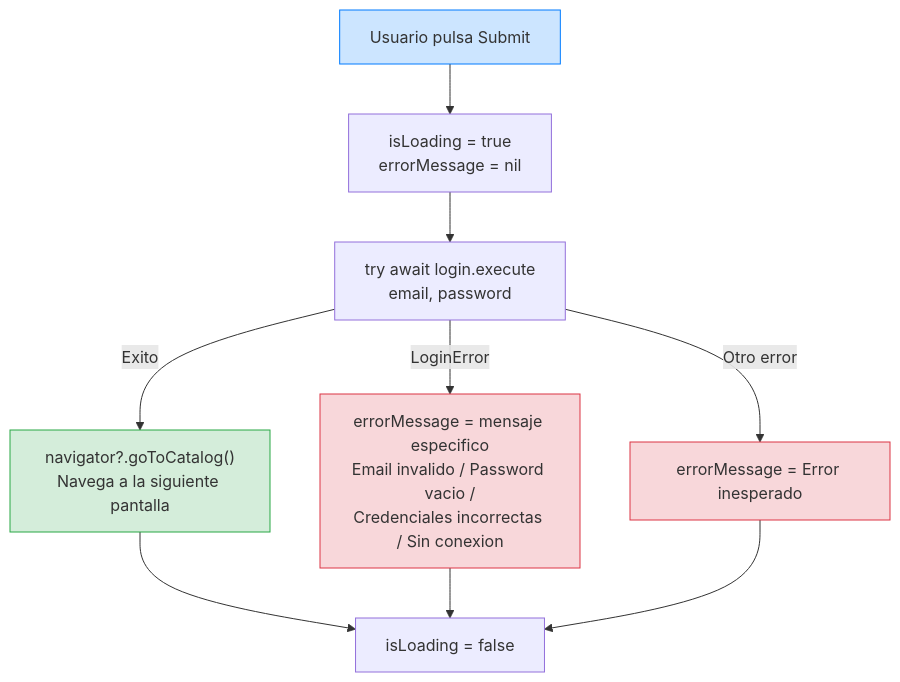
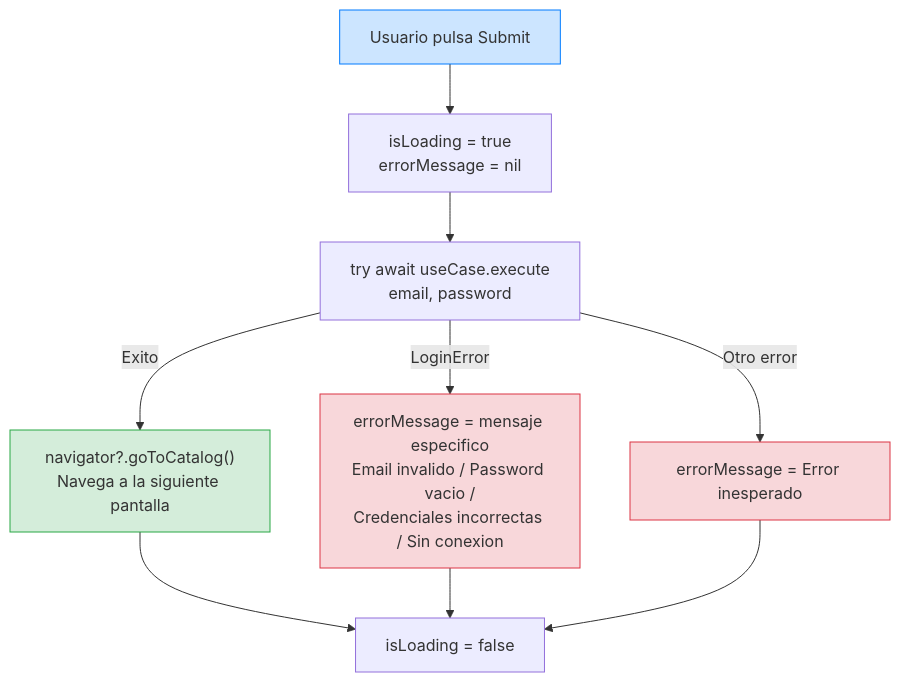
The third of 4 diagrams in 01-fundamentos/05-feature-login/04-interface-swiftui.md (SwiftEnProfundidad/stack-my-architecture-ios), drawn with Mermaid before and after one commit. The commit also changed other lines of this file and 7 other files, not shown here.

````diff
--- a/01-fundamentos/05-feature-login/04-interface-swiftui.md
+++ b/01-fundamentos/05-feature-login/04-interface-swiftui.md
@@ -181,16 +181,16 @@
 ```mermaid
 flowchart TD
     START["Usuario pulsa Submit"] --> LOADING["isLoading = true<br/>errorMessage = nil"]
-    LOADING --> TRY["try await login.execute<br/>email, password"]
+    LOADING --> TRY["try await useCase.execute<br/>email, password"]
     TRY -->|"Exito"| SUCCESS["navigator?.goToCatalog()<br/>Navega a la siguiente pantalla"]
     TRY -->|"LoginError"| KNOWN["errorMessage = mensaje especifico<br/>Email invalido / Password vacio /<br/>Credenciales incorrectas / Sin conexion"]
     TRY -->|"Otro error"| UNKNOWN["errorMessage = Error inesperado"]
     SUCCESS --> DONE["isLoading = false"]
     KNOWN --> DONE
     UNKNOWN --> DONE
 
     style START fill:#cce5ff,stroke:#007bff
     style SUCCESS fill:#d4edda,stroke:#28a745
     style KNOWN fill:#f8d7da,stroke:#dc3545
     style UNKNOWN fill:#f8d7da,stroke:#dc3545
 ```
````
